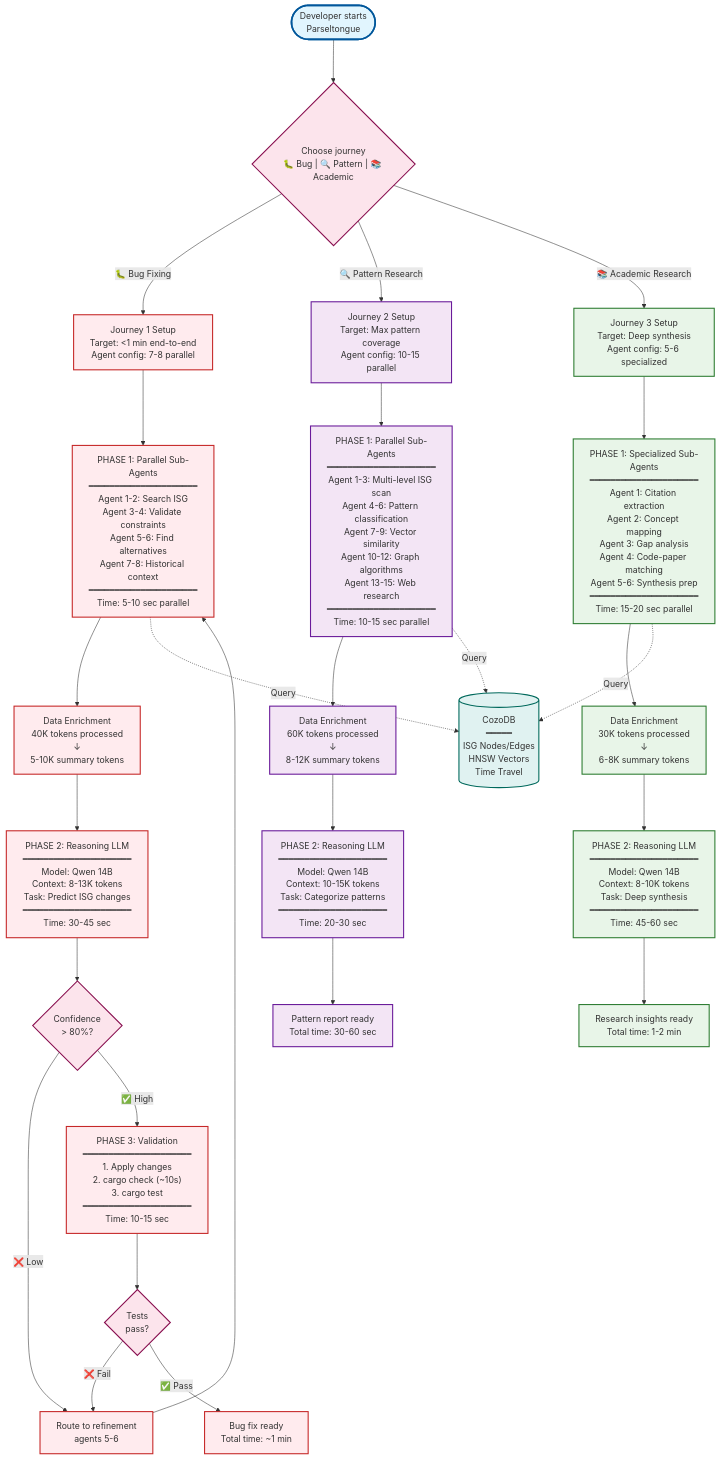
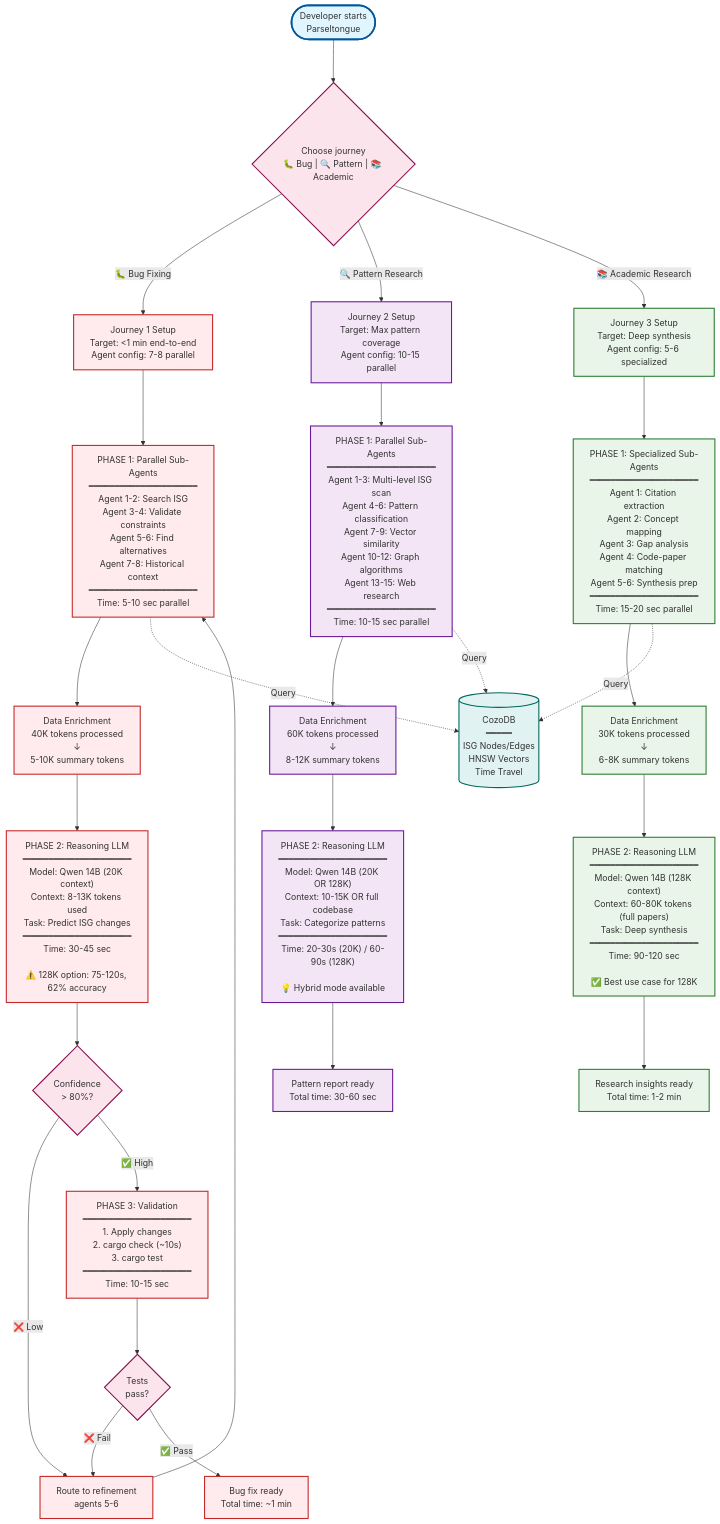
Before and after one commit to that-in-rust/transfiguration: the diagram in Insp09_ActiveWorkspaces_StrategicInitiatives/Insp04_PRD202510/P17SubAgentGame.md, drawn with Mermaid. The commit also changed other lines of this file and 3 other files, not shown here.

````diff
--- a/Insp09_ActiveWorkspaces_StrategicInitiatives/Insp04_PRD202510/P17SubAgentGame.md
+++ b/Insp09_ActiveWorkspaces_StrategicInitiatives/Insp04_PRD202510/P17SubAgentGame.md
@@ -21,75 +40,75 @@
 ```mermaid
 ---
 config:
   flowchart:
     nodeSpacing: 80
     rankSpacing: 80
     curve: basis
 ---
 flowchart TD
     %% User Entry Point
     Start(["Developer starts<br/>Parseltongue"]) --> JourneyChoice{"Choose journey<br/>🐛 Bug | 🔍 Pattern | 📚 Academic"}
     
     %% Journey 1: Bug Fixing - Latency Optimized (7-8 agents)
     JourneyChoice -->|🐛 Bug Fixing| J1_Setup["Journey 1 Setup<br/>Target: <1 min end-to-end<br/>Agent config: 7-8 parallel"]
     
     J1_Setup --> J1_Phase1["PHASE 1: Parallel Sub-Agents<br/>━━━━━━━━━━━━━━━━━━━━━<br/>Agent 1-2: Search ISG<br/>Agent 3-4: Validate constraints<br/>Agent 5-6: Find alternatives<br/>Agent 7-8: Historical context<br/>━━━━━━━━━━━━━━━━━━━━━<br/>Time: 5-10 sec parallel"]
     
     J1_Phase1 --> J1_Enrich["Data Enrichment<br/>40K tokens processed<br/>↓<br/>5-10K summary tokens"]
     
-    J1_Enrich --> J1_Phase2["PHASE 2: Reasoning LLM<br/>━━━━━━━━━━━━━━━━━━━━━<br/>Model: Qwen 14B<br/>Context: 8-13K tokens<br/>Task: Predict ISG changes<br/>━━━━━━━━━━━━━━━━━━━━━<br/>Time: 30-45 sec"]
+    J1_Enrich --> J1_Phase2["PHASE 2: Reasoning LLM<br/>━━━━━━━━━━━━━━━━━━━━━<br/>Model: Qwen 14B (20K context)<br/>Context: 8-13K tokens used<br/>Task: Predict ISG changes<br/>━━━━━━━━━━━━━━━━━━━━━<br/>Time: 30-45 sec<br/><br/>⚠️ 128K option: 75-120s, 62% accuracy"]
     
     J1_Phase2 --> J1_Confidence{Confidence<br/>> 80%?}
     
     J1_Confidence -->|❌ Low| J1_Refine["Route to refinement<br/>agents 5-6"]
     J1_Refine --> J1_Phase1
     
     J1_Confidence -->|✅ High| J1_Phase3["PHASE 3: Validation<br/>━━━━━━━━━━━━━━━━━━━━━<br/>1. Apply changes<br/>2. cargo check (~10s)<br/>3. cargo test<br/>━━━━━━━━━━━━━━━━━━━━━<br/>Time: 10-15 sec"]
     
     J1_Phase3 --> J1_TestPass{Tests<br/>pass?}
     J1_TestPass -->|❌ Fail| J1_Refine
     J1_TestPass -->|✅ Pass| J1_Output["Bug fix ready<br/>Total time: ~1 min"]
     
     %% Journey 2: Pattern Research - Throughput Optimized (10-15 agents)
     JourneyChoice -->|🔍 Pattern Research| J2_Setup["Journey 2 Setup<br/>Target: Max pattern coverage<br/>Agent config: 10-15 parallel"]
     
     J2_Setup --> J2_Phase1["PHASE 1: Parallel Sub-Agents<br/>━━━━━━━━━━━━━━━━━━━━━<br/>Agent 1-3: Multi-level ISG scan<br/>Agent 4-6: Pattern classification<br/>Agent 7-9: Vector similarity<br/>Agent 10-12: Graph algorithms<br/>Agent 13-15: Web research<br/>━━━━━━━━━━━━━━━━━━━━━<br/>Time: 10-15 sec parallel"]
     
     J2_Phase1 --> J2_Enrich["Data Enrichment<br/>60K tokens processed<br/>↓<br/>8-12K summary tokens"]
     
-    J2_Enrich --> J2_Phase2["PHASE 2: Reasoning LLM<br/>━━━━━━━━━━━━━━━━━━━━━<br/>Model: Qwen 14B<br/>Context: 10-15K tokens<br/>Task: Categorize patterns<br/>━━━━━━━━━━━━━━━━━━━━━<br/>Time: 20-30 sec"]
+    J2_Enrich --> J2_Phase2["PHASE 2: Reasoning LLM<br/>━━━━━━━━━━━━━━━━━━━━━<br/>Model: Qwen 14B (20K OR 128K)<br/>Context: 10-15K OR full codebase<br/>Task: Categorize patterns<br/>━━━━━━━━━━━━━━━━━━━━━<br/>Time: 20-30s (20K) / 60-90s (128K)<br/><br/>💡 Hybrid mode available"]
     
     J2_Phase2 --> J2_Output["Pattern report ready<br/>Total time: 30-60 sec"]
     
     %% Journey 3: Academic Research - Accuracy Optimized (5-6 agents)
     JourneyChoice -->|📚 Academic Research| J3_Setup["Journey 3 Setup<br/>Target: Deep synthesis<br/>Agent config: 5-6 specialized"]
     
     J3_Setup --> J3_Phase1["PHASE 1: Specialized Sub-Agents<br/>━━━━━━━━━━━━━━━━━━━━━<br/>Agent 1: Citation extraction<br/>Agent 2: Concept mapping<br/>Agent 3: Gap analysis<br/>Agent 4: Code-paper matching<br/>Agent 5-6: Synthesis prep<br/>━━━━━━━━━━━━━━━━━━━━━<br/>Time: 15-20 sec parallel"]
     
     J3_Phase1 --> J3_Enrich["Data Enrichment<br/>30K tokens processed<br/>↓<br/>6-8K summary tokens"]
     
-    J3_Enrich --> J3_Phase2["PHASE 2: Reasoning LLM<br/>━━━━━━━━━━━━━━━━━━━━━<br/>Model: Qwen 14B<br/>Context: 8-10K tokens<br/>Task: Deep synthesis<br/>━━━━━━━━━━━━━━━━━━━━━<br/>Time: 45-60 sec"]
+    J3_Enrich --> J3_Phase2["PHASE 2: Reasoning LLM<br/>━━━━━━━━━━━━━━━━━━━━━<br/>Model: Qwen 14B (128K context)<br/>Context: 60-80K tokens (full papers)<br/>Task: Deep synthesis<br/>━━━━━━━━━━━━━━━━━━━━━<br/>Time: 90-120 sec<br/><br/>✅ Best use case for 128K"]
     
     J3_Phase2 --> J3_Output["Research insights ready<br/>Total time: 1-2 min"]
     
     %% Shared Infrastructure
     J1_Phase1 -.->|Query| CozoDB[("CozoDB<br/>━━━━━<br/>ISG Nodes/Edges<br/>HNSW Vectors<br/>Time Travel")]
     J2_Phase1 -.->|Query| CozoDB
     J3_Phase1 -.->|Query| CozoDB
     
     %% Styling
     classDef startClass fill:#e1f5fe,stroke:#01579b,stroke-width:3px
     classDef j1Class fill:#ffebee,stroke:#c62828,stroke-width:2px
     classDef j2Class fill:#f3e5f5,stroke:#6a1b9a,stroke-width:2px
     classDef j3Class fill:#e8f5e8,stroke:#2e7d32,stroke-width:2px
     classDef phaseClass fill:#fff3e0,stroke:#ef6c00,stroke-width:2px
     classDef dbClass fill:#e0f2f1,stroke:#00695c,stroke-width:2px
     classDef decisionClass fill:#fce4ec,stroke:#880e4f,stroke-width:2px
     
     class Start startClass
     class J1_Setup,J1_Phase1,J1_Phase2,J1_Phase3,J1_Enrich,J1_Refine,J1_Output j1Class
     class J2_Setup,J2_Phase1,J2_Phase2,J2_Enrich,J2_Output j2Class
     class J3_Setup,J3_Phase1,J3_Phase2,J3_Enrich,J3_Output j3Class
     class CozoDB dbClass
     class JourneyChoice,J1_Confidence,J1_TestPass decisionClass
 ```
````
